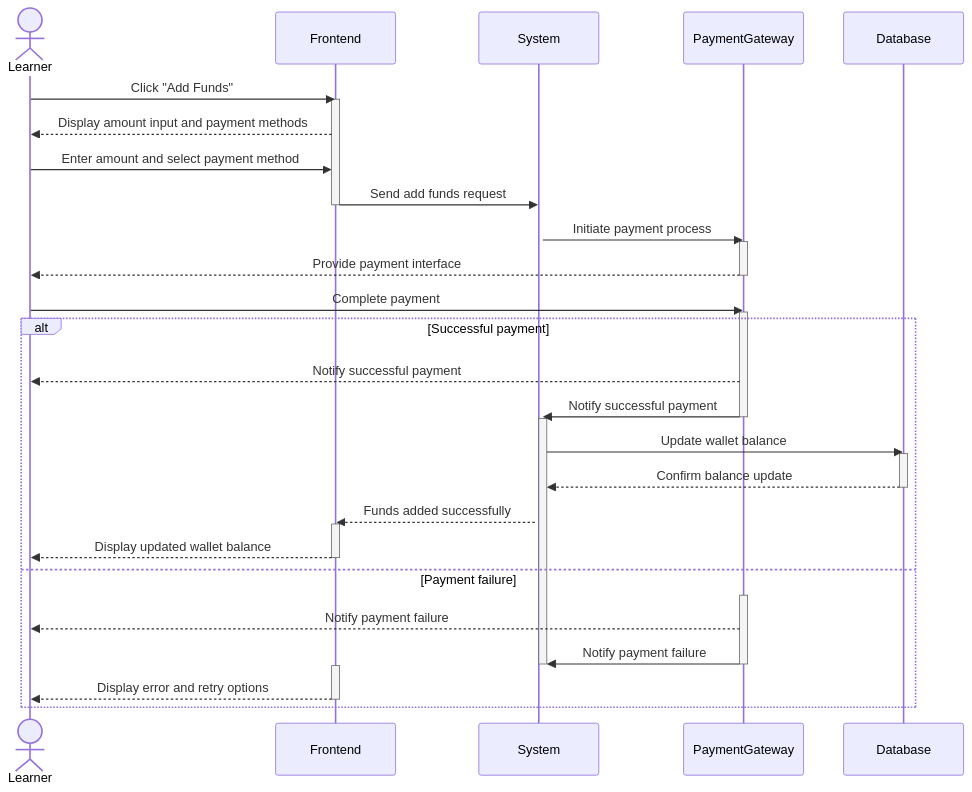
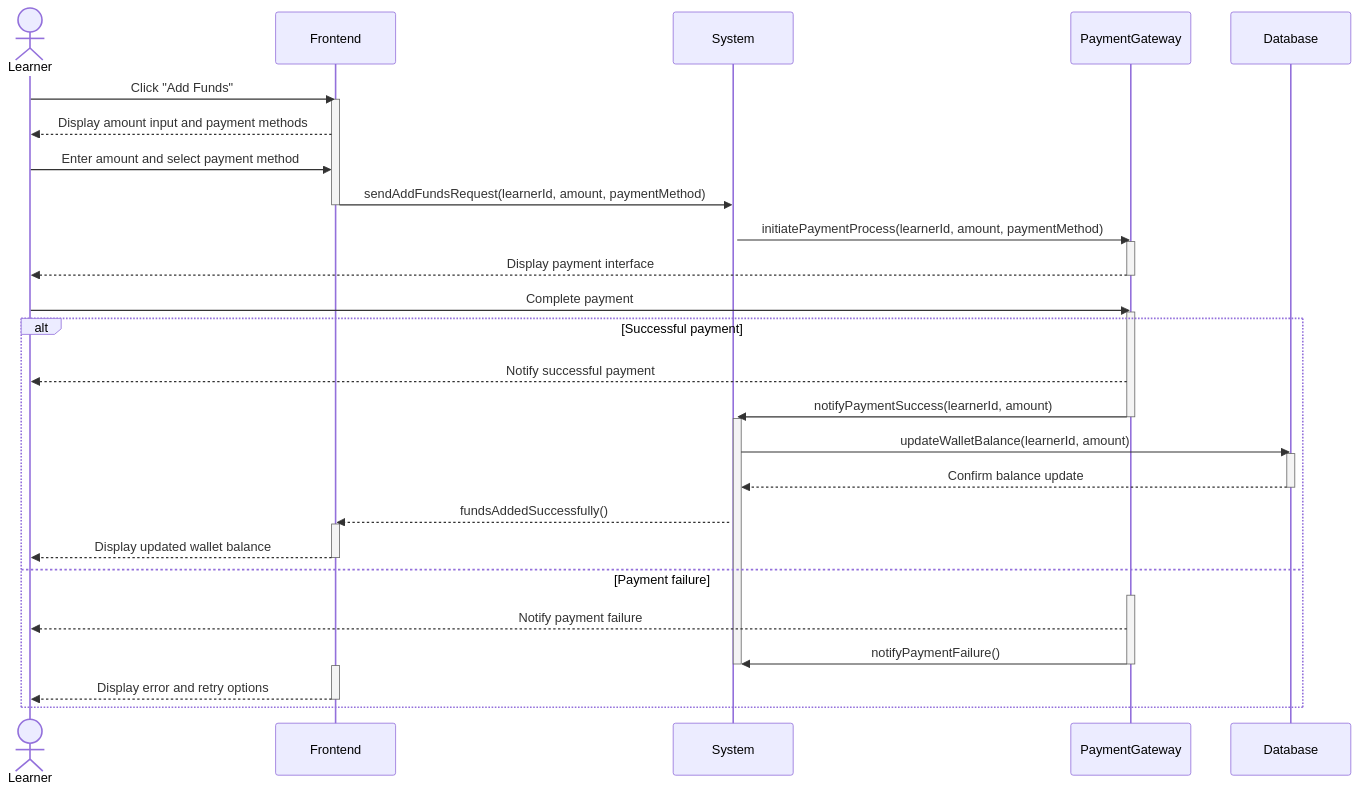
One commit to Shaar03/Diagrams changed the diagram in addFundsToWallet.mermaid. Above: the diagram before and after it, drawn with Mermaid.

Commit message:
guess what? methods

```diff
--- a/addFundsToWallet.mermaid
+++ b/addFundsToWallet.mermaid
@@ -1,48 +1,48 @@
 sequenceDiagram
     actor Learner
     participant Frontend
     participant System
     participant PaymentGateway
     participant Database
 
     Learner->>Frontend: Click "Add Funds"
     activate Frontend
     Frontend-->>Learner: Display amount input and payment methods
     Learner->>Frontend: Enter amount and select payment method
-    Frontend->>System: Send add funds request
+    Frontend->>System: sendAddFundsRequest(learnerId, amount, paymentMethod)
     deactivate Frontend
     
     activate System
-    System->>PaymentGateway: Initiate payment process
+    System->>PaymentGateway: initiatePaymentProcess(learnerId, amount, paymentMethod)
     activate PaymentGateway
-    PaymentGateway-->>Learner: Provide payment interface
+    PaymentGateway-->>Learner: Display payment interface
     deactivate PaymentGateway
 
     Learner->>PaymentGateway: Complete payment
     activate PaymentGateway
     alt Successful payment
         PaymentGateway-->>Learner: Notify successful payment
-        PaymentGateway->>System: Notify successful payment
+        PaymentGateway->>System: notifyPaymentSuccess(learnerId, amount)
         deactivate PaymentGateway
         
         activate System
-        System->>Database: Update wallet balance
+        System->>Database: updateWalletBalance(learnerId, amount)
         activate Database
         Database-->>System: Confirm balance update
         deactivate Database
         
-        System-->>Frontend: Funds added successfully
+        System-->>Frontend: fundsAddedSuccessfully()
         activate Frontend
         Frontend-->>Learner: Display updated wallet balance
         deactivate Frontend
     else Payment failure
         activate PaymentGateway
         PaymentGateway-->>Learner: Notify payment failure
-        PaymentGateway->>System: Notify payment failure
+        PaymentGateway->>System: notifyPaymentFailure()
         deactivate PaymentGateway
         
         deactivate System
         activate Frontend
         Frontend-->>Learner: Display error and retry options
         deactivate Frontend
     end
```
